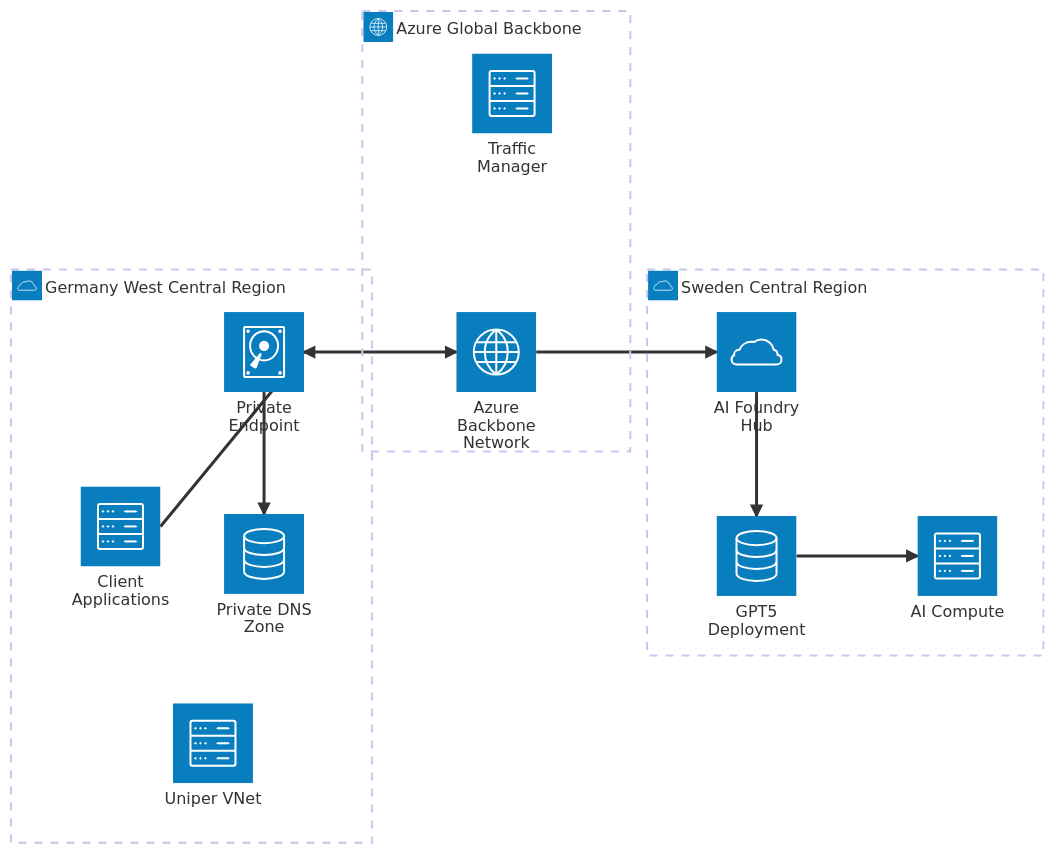
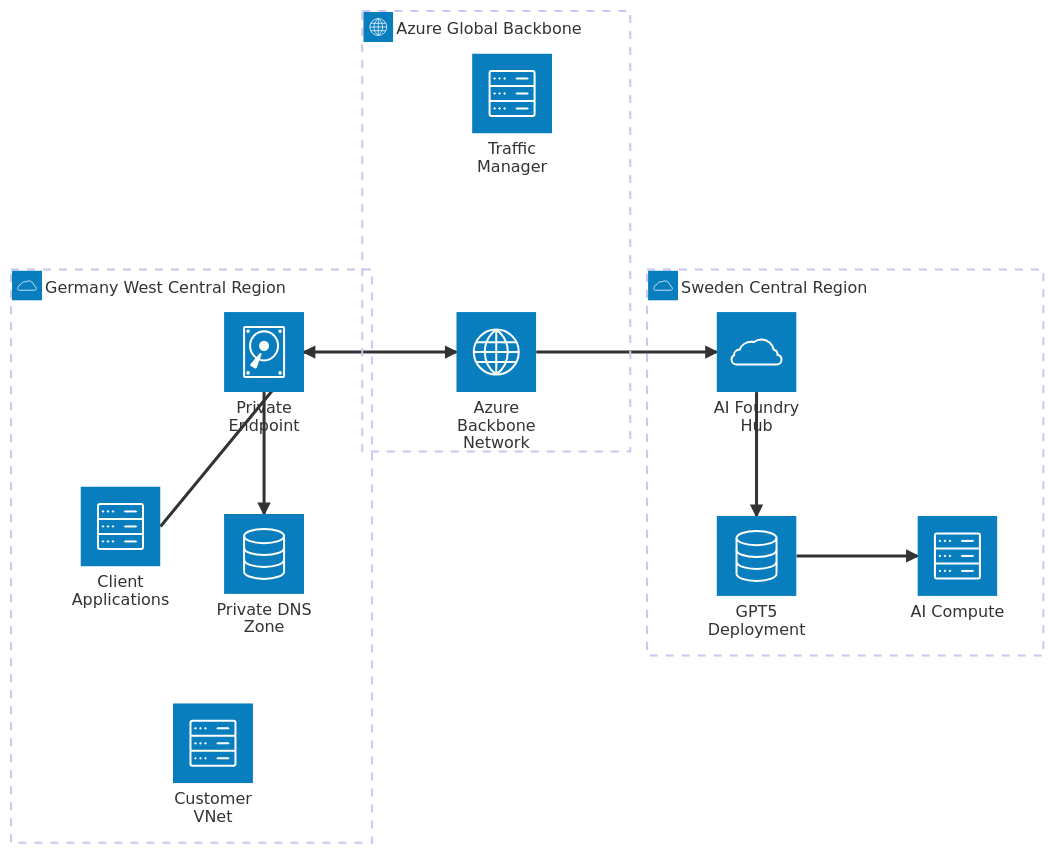
Before and after one commit to gitpavleenbali/vm-automation-accelerator: the first of 3 diagrams in AI-Foundry-Cross-Region-Architecture.md, drawn with Mermaid. The commit also changed other lines of this file, not shown here.

First line of the commit message:
docs: Update cross-region architecture with Q3 focus and FAQ integration

````diff
--- a/AI-Foundry-Cross-Region-Architecture.md
+++ b/AI-Foundry-Cross-Region-Architecture.md
@@ -9,25 +77,25 @@
 ```mermaid
 architecture-beta
     group germany(cloud)[Germany West Central Region]
     group sweden(cloud)[Sweden Central Region]
     group azure_backbone(internet)[Azure Global Backbone]
 
-    service uniper_vnet(server)[Uniper VNet] in germany
+    service customer_vnet(server)[Customer VNet] in germany
     service private_endpoint(disk)[Private Endpoint] in germany
     service dns_resolver(database)[Private DNS Zone] in germany
     service client_app(server)[Client Applications] in germany
 
     service ai_foundry_hub(cloud)[AI Foundry Hub] in sweden
     service gpt5_deployment(database)[GPT5 Deployment] in sweden
     service sweden_compute(server)[AI Compute] in sweden
 
     service azure_network(internet)[Azure Backbone Network] in azure_backbone
     service traffic_manager(server)[Traffic Manager] in azure_backbone
 
     client_app:R --> R:private_endpoint
     private_endpoint:B --> T:dns_resolver
     private_endpoint:R --> L:azure_network
     azure_network:R --> L:ai_foundry_hub
     ai_foundry_hub:B --> T:gpt5_deployment
     gpt5_deployment:R --> L:sweden_compute
 ```
````
